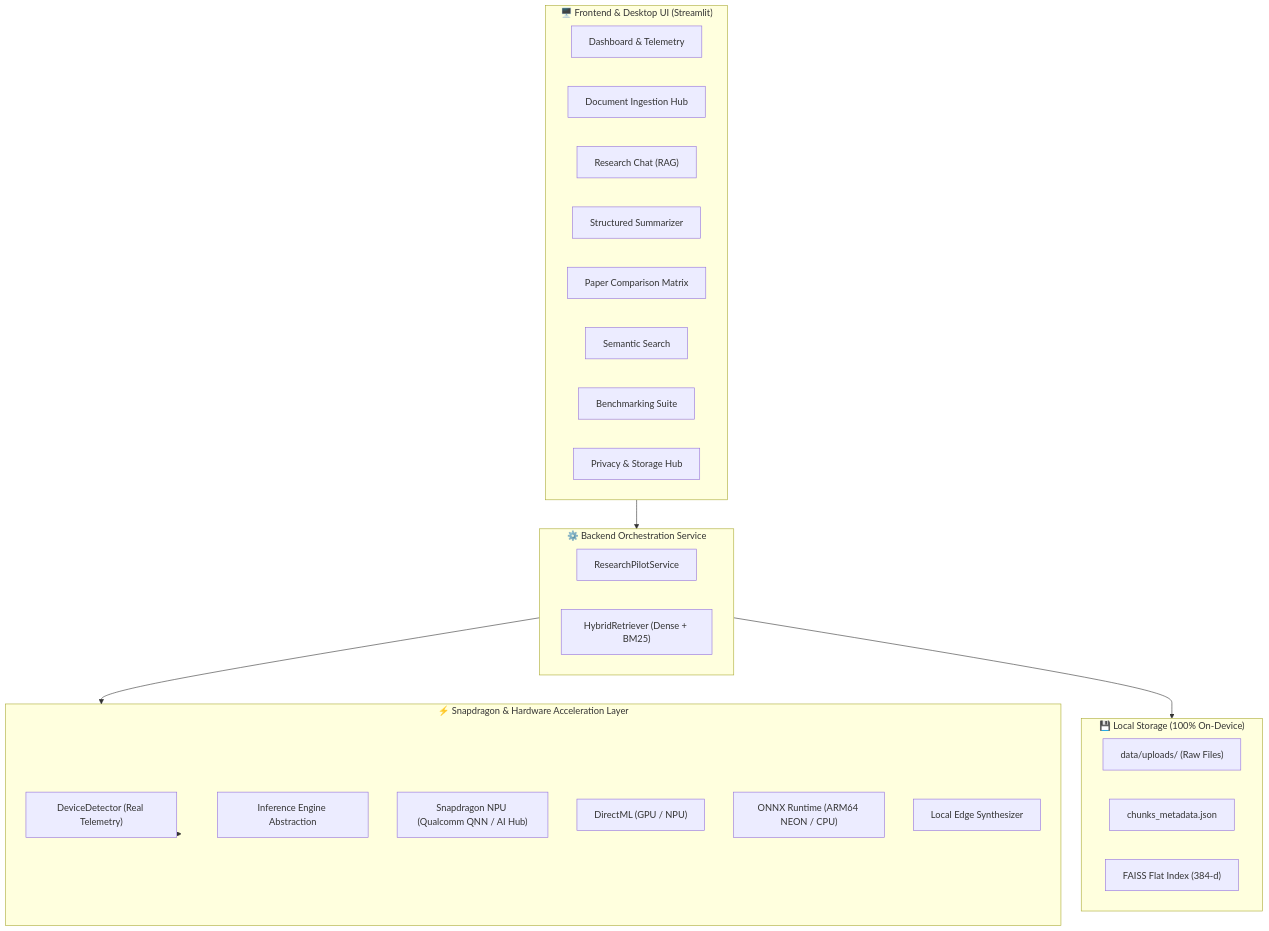
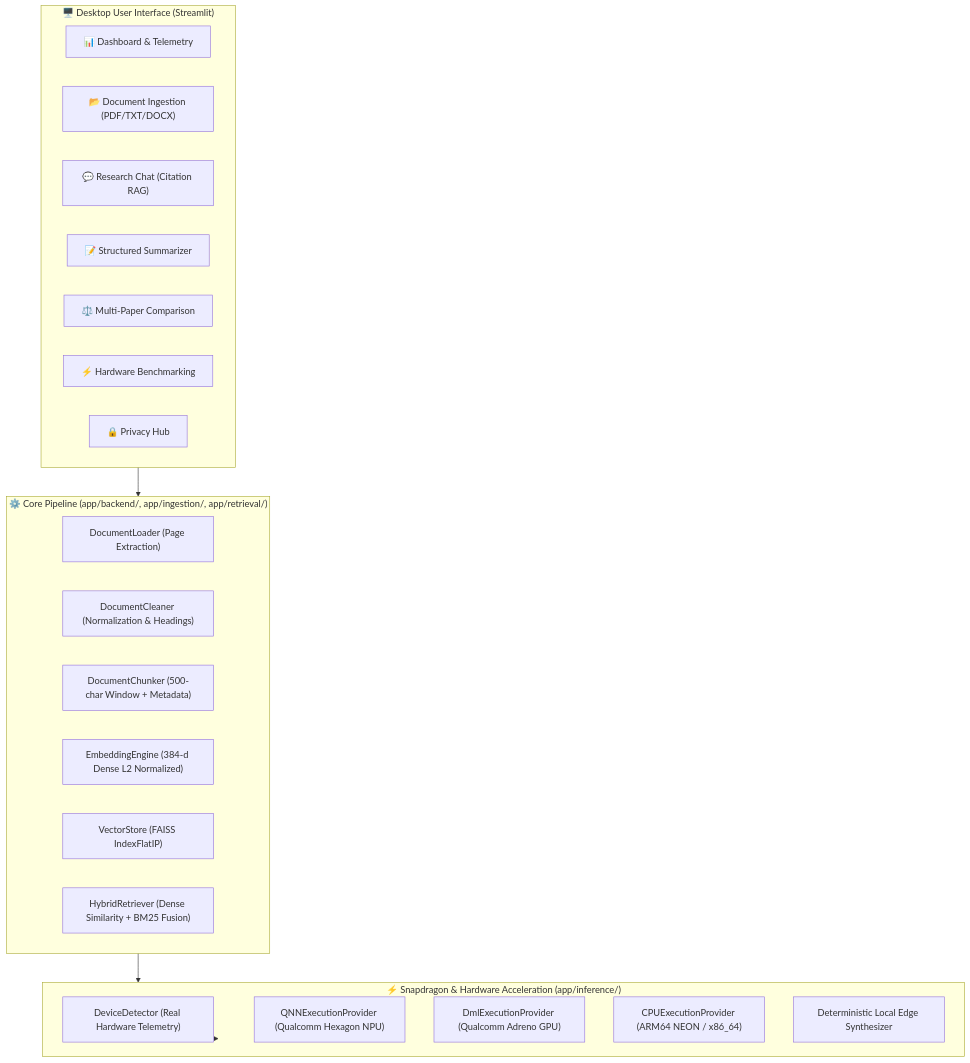
One commit to maneaditya478-commits/ResearchPilot-Edge changed the diagram in docs/architecture.md. Above: the diagram before and after it, drawn with Mermaid. The commit also changed other lines of this file and 16 other files, not shown here.

Commit message:
Validate Snapdragon inference and finalize ResearchPilot Edge

````diff
--- a/docs/architecture.md
+++ b/docs/architecture.md
@@ -7,38 +25,33 @@
 ```mermaid
 flowchart TD
-    subgraph UI_Layer["🖥️ Frontend & Desktop UI (Streamlit)"]
-        A["Dashboard & Telemetry"]
-        B["Document Ingestion Hub"]
-        C["Research Chat (RAG)"]
-        D["Structured Summarizer"]
-        E["Paper Comparison Matrix"]
-        F["Semantic Search"]
-        G["Benchmarking Suite"]
-        H["Privacy & Storage Hub"]
+    subgraph UI_Layer["🖥️ Desktop User Interface (Streamlit)"]
+        UI_DASH["📊 Dashboard & Telemetry"]
+        UI_DOCS["📂 Document Ingestion (PDF/TXT/DOCX)"]
+        UI_CHAT["💬 Research Chat (Citation RAG)"]
+        UI_SUMM["📝 Structured Summarizer"]
+        UI_COMP["⚖️ Multi-Paper Comparison"]
+        UI_BENCH["⚡ Hardware Benchmarking"]
+        UI_PRIV["🔒 Privacy Hub"]
     end
 
-    subgraph Service_Layer["⚙️ Backend Orchestration Service"]
-        SVC["ResearchPilotService"]
-        RET["HybridRetriever (Dense + BM25)"]
+    subgraph Core_Pipeline["⚙️ Core Pipeline (app/backend/, app/ingestion/, app/retrieval/)"]
+        LOAD["DocumentLoader (Page Extraction)"]
+        CLEAN["DocumentCleaner (Normalization & Headings)"]
+        CHUNK["DocumentChunker (500-char Window + Metadata)"]
+        EMBED["EmbeddingEngine (384-d Dense L2 Normalized)"]
+        FAISS_DB["VectorStore (FAISS IndexFlatIP)"]
+        HYBRID["HybridRetriever (Dense Similarity + BM25 Fusion)"]
     end
 
-    subgraph Storage_Layer["💾 Local Storage (100% On-Device)"]
-        DOCS["data/uploads/ (Raw Files)"]
-        META["chunks_metadata.json"]
-        VEC["FAISS Flat Index (384-d)"]
+    subgraph Acceleration["⚡ Snapdragon & Hardware Acceleration (app/inference/)"]
+        DEV["DeviceDetector (Real Hardware Telemetry)"]
+        QNN["QNNExecutionProvider (Qualcomm Hexagon NPU)"]
+        DML["DmlExecutionProvider (Qualcomm Adreno GPU)"]
+        CPU_EP["CPUExecutionProvider (ARM64 NEON / x86_64)"]
+        SYNTH["Deterministic Local Edge Synthesizer"]
     end
 
-    subgraph Hardware_Inference_Layer["⚡ Snapdragon & Hardware Acceleration Layer"]
-        DET["DeviceDetector (Real Telemetry)"]
-        ENG["Inference Engine Abstraction"]
-        QNN["Snapdragon NPU (Qualcomm QNN / AI Hub)"]
-        DML["DirectML (GPU / NPU)"]
-        ONNX["ONNX Runtime (ARM64 NEON / CPU)"]
-        FALLBACK["Local Edge Synthesizer"]
-    end
-
-    UI_Layer --> Service_Layer
-    Service_Layer --> Storage_Layer
-    Service_Layer --> Hardware_Inference_Layer
-    Hardware_Inference_Layer --> DET
+    UI_Layer --> Core_Pipeline
+    Core_Pipeline --> Acceleration
+    Acceleration --> DEV
 ```
````
